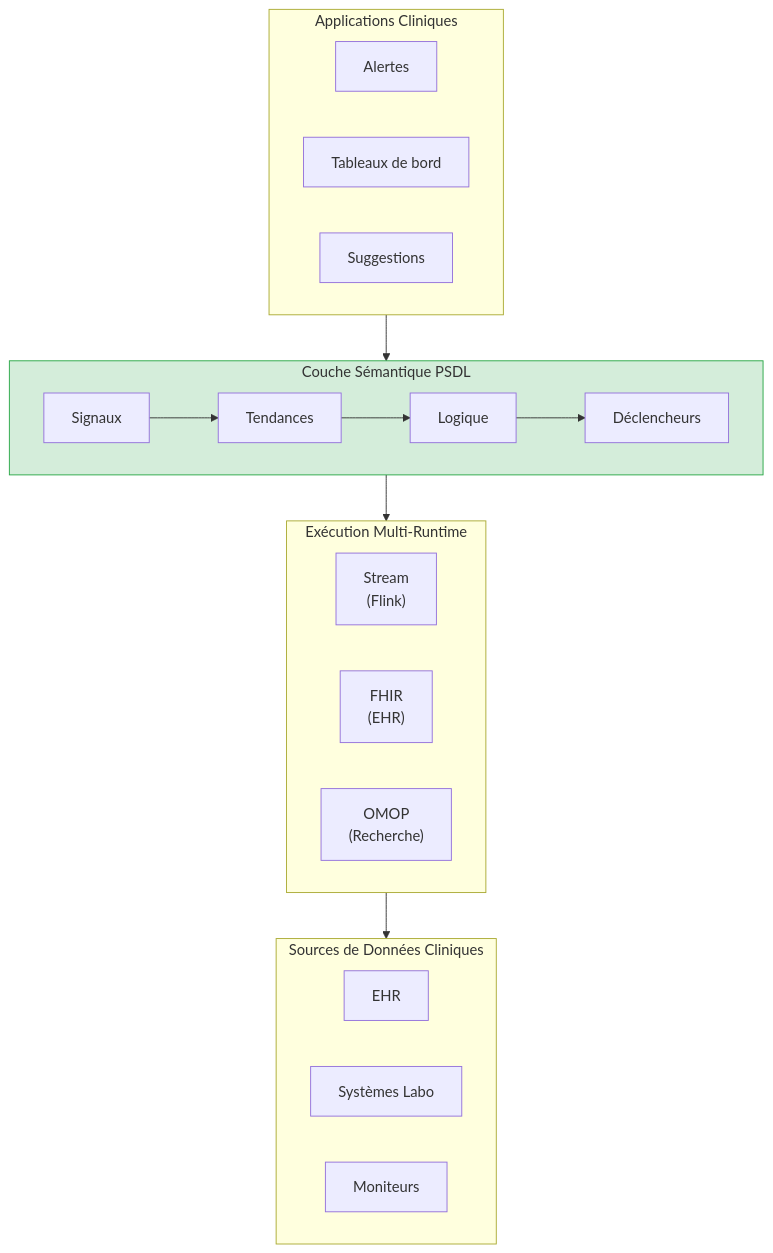
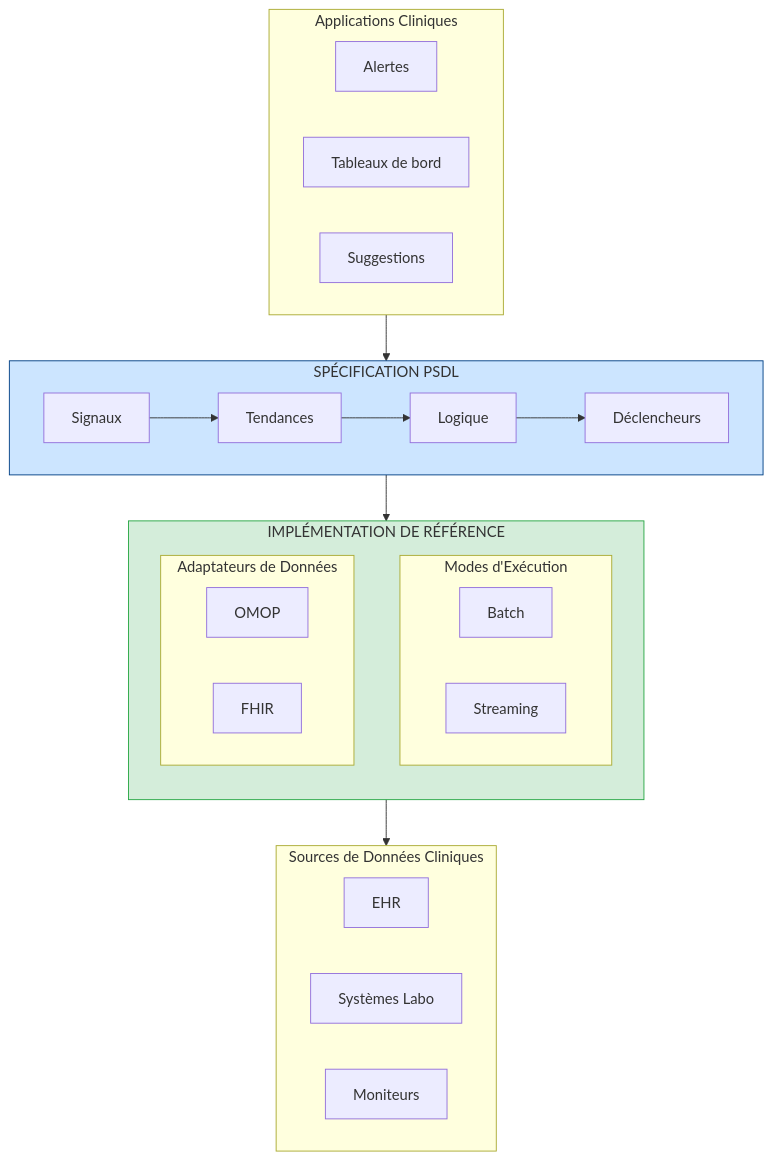
Before and after one commit to Chesterguan/PSDL: the third of 6 diagrams in docs/WHITEPAPER_FR.md, drawn with Mermaid. The commit also changed other lines of this file and 41 other files, not shown here.

First line of the commit message:
refactor: complete architecture refactoring (reference/adapters) + semantic layer emphasis

````diff
--- a/docs/WHITEPAPER_FR.md
+++ b/docs/WHITEPAPER_FR.md
@@ -120,31 +120,38 @@
 ```mermaid
 flowchart TB
     subgraph Apps["Applications Cliniques"]
         A1["Alertes"]
         A2["Tableaux de bord"]
         A3["Suggestions"]
     end
 
-    subgraph PSDL["Couche Sémantique PSDL"]
+    subgraph Spec["SPÉCIFICATION PSDL"]
         direction LR
         S["Signaux"] --> T["Tendances"] --> L["Logique"] --> TR["Déclencheurs"]
     end
 
-    subgraph Runtime["Exécution Multi-Runtime"]
-        R1["Stream<br/>(Flink)"]
-        R2["FHIR<br/>(EHR)"]
-        R3["OMOP<br/>(Recherche)"]
+    subgraph Impl["IMPLÉMENTATION DE RÉFÉRENCE"]
+        direction TB
+        subgraph Exec["Modes d'Exécution"]
+            E1["Batch"]
+            E2["Streaming"]
+        end
+        subgraph Adapt["Adaptateurs de Données"]
+            A["OMOP"]
+            B["FHIR"]
+        end
     end
 
     subgraph Data["Sources de Données Cliniques"]
         D1["EHR"]
         D2["Systèmes Labo"]
         D3["Moniteurs"]
     end
 
-    Apps --> PSDL
-    PSDL --> Runtime
-    Runtime --> Data
+    Apps --> Spec
+    Spec --> Impl
+    Impl --> Data
 
-    style PSDL fill:#d4edda,stroke:#28a745
+    style Spec fill:#cce5ff,stroke:#004085
+    style Impl fill:#d4edda,stroke:#28a745
 ```
````
